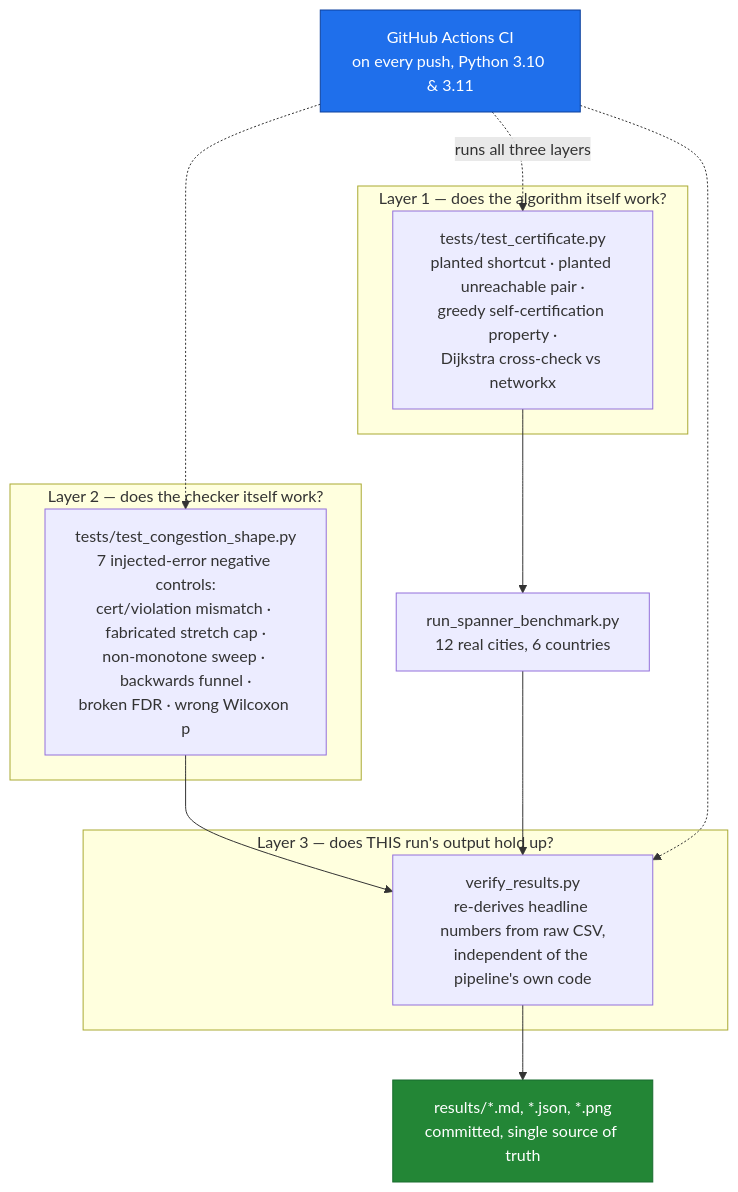
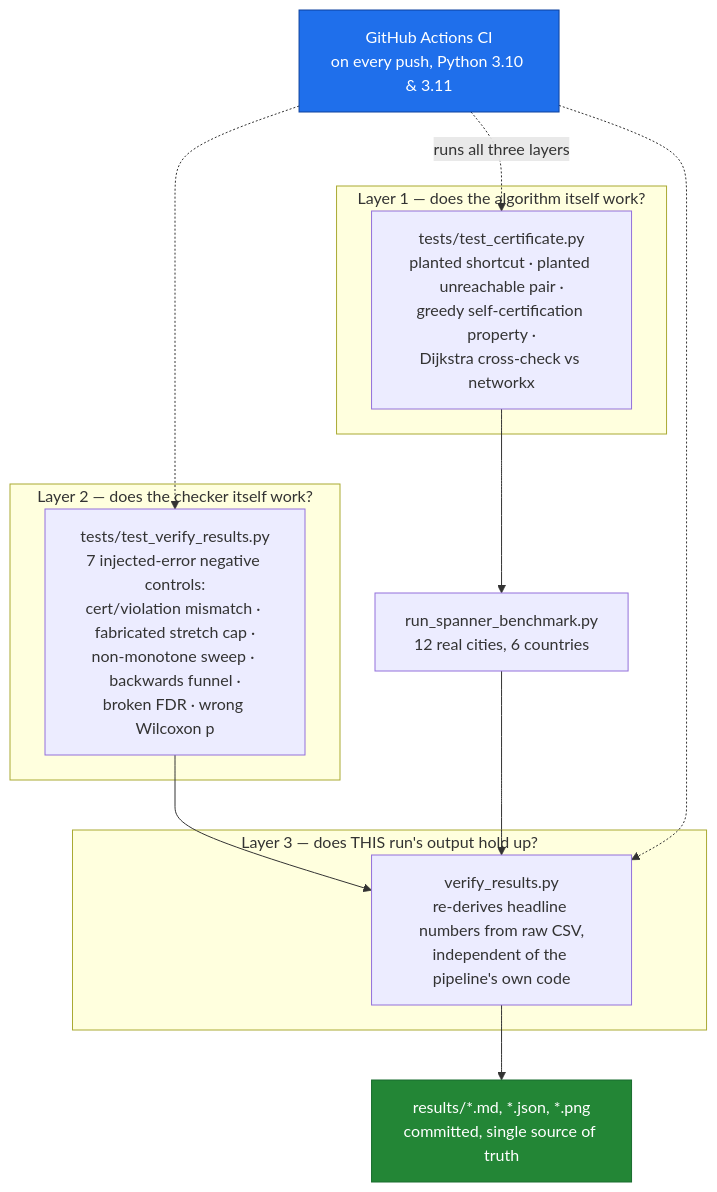
One commit to soheylfalahzade/delay-bounded-spanner-networks changed the second of 2 diagrams in README.md. Above: the diagram before and after it, drawn with Mermaid. The commit also changed other lines of this file, not shown here.

Commit message:
README: remove misplaced diagram node; list congestion-shape validator and its tests in layout

````diff
--- a/README.md
+++ b/README.md
@@ -129,23 +129,22 @@
 ```mermaid
 flowchart TD
     subgraph L1["Layer 1 — does the algorithm itself work?"]
         T1["tests/test_certificate.py<br/>planted shortcut · planted unreachable pair ·<br/>greedy self-certification property ·<br/>Dijkstra cross-check vs networkx"]
     end
     subgraph L2["Layer 2 — does the checker itself work?"]
         T2["tests/test_verify_results.py<br/>7 injected-error negative controls:<br/>cert/violation mismatch · fabricated stretch cap ·<br/>non-monotone sweep · backwards funnel ·<br/>broken FDR · wrong Wilcoxon p"]
-        T2["tests/test_congestion_shape.py<br/>7 injected-error negative controls:<br/>cert/violation mismatch · fabricated stretch cap ·<br/>non-monotone sweep · backwards funnel ·<br/>broken FDR · wrong Wilcoxon p"]
     end
     subgraph L3["Layer 3 — does THIS run's output hold up?"]
         T3["verify_results.py<br/>re-derives headline numbers from raw CSV,<br/>independent of the pipeline's own code"]
     end
     T1 --> RUN["run_spanner_benchmark.py<br/>12 real cities, 6 countries"]
     T2 --> T3
     RUN --> T3
     T3 --> OUT["results/*.md, *.json, *.png<br/>committed, single source of truth"]
     CI["GitHub Actions CI<br/>on every push, Python 3.10 &amp; 3.11"] -. runs all three layers .-> T1
     CI -.-> T2
     CI -.-> T3
 
     style OUT fill:#238636,stroke:#196c2e,color:#fff
     style CI fill:#1f6feb,stroke:#0d419d,color:#fff
 ```
````
